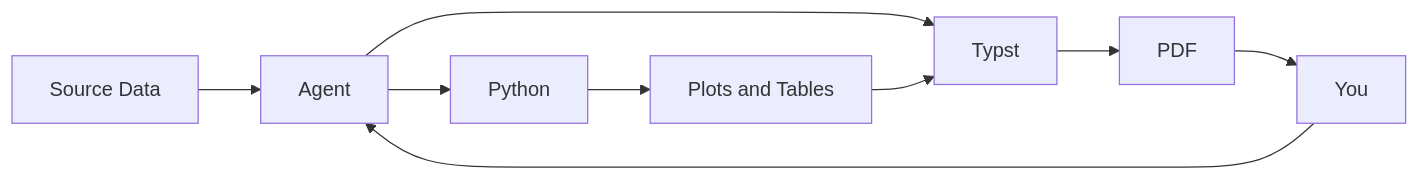
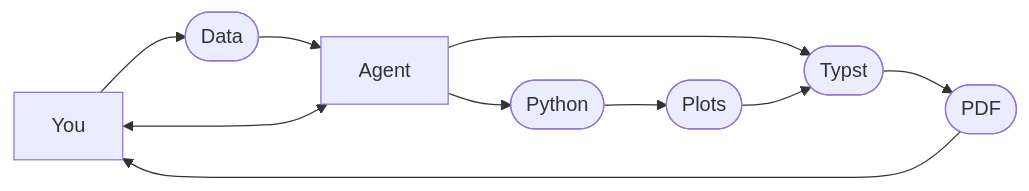
The second of 2 diagrams in posts/lex/index.qmd (nick-dorsch/blog), drawn with Mermaid before and after one commit. The commit also changed other lines of this file and 10 other files, not shown here.

````diff
--- a/posts/lex/index.qmd
+++ b/posts/lex/index.qmd
@@ -361,12 +417,13 @@
 ```{mermaid}
 flowchart LR
-    A[Source Data]
+    F[You] --> A
+    A([Data])
     A --> C[Agent]
-    F[You] --> C
-    C --> D[Typst]
-    C --> G[Python]
-    G --> H[Plots and Tables]
+    F <--> C
+    C --> D([Typst])
+    C --> G([Python])
+    G --> H([Plots])
     H --> D
-    D --> E[PDF]
+    D --> E([PDF])
     E --> F
 ```
````
